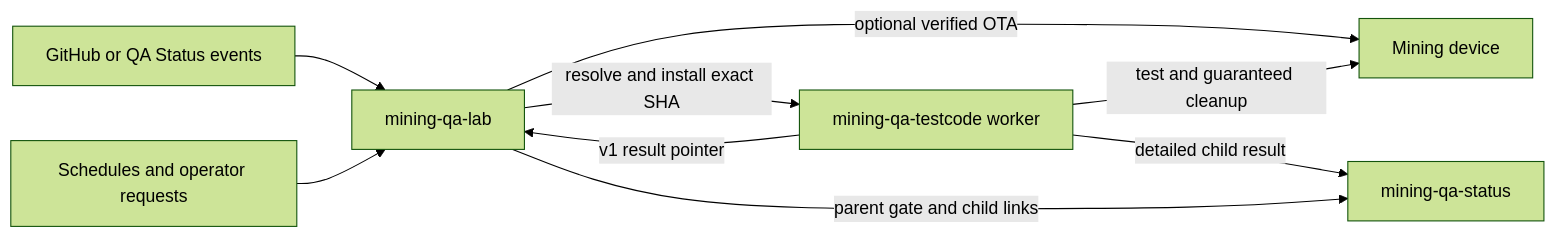
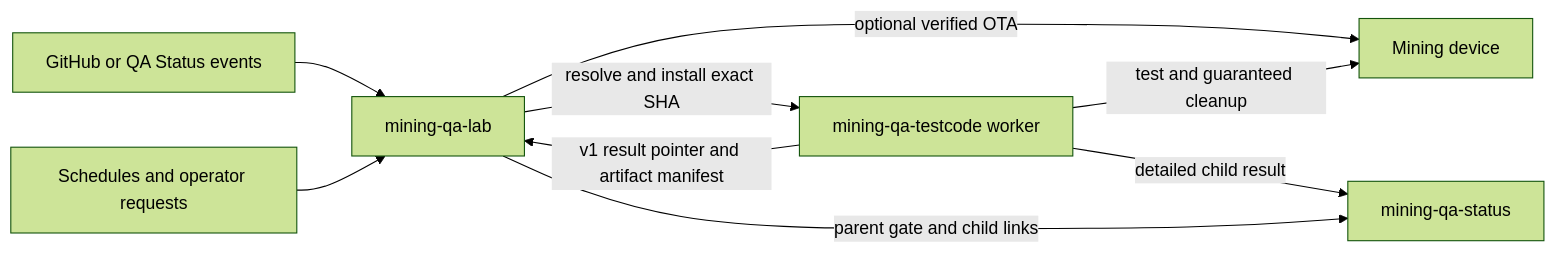
The diagram in specs/OVERVIEW.md (johnny9/mining-qa-lab), drawn with Mermaid (forest theme) before and after one commit. The commit also changed other lines of this file and 33 other files, not shown here.

````diff
--- a/specs/OVERVIEW.md
+++ b/specs/OVERVIEW.md
@@ -55,11 +57,11 @@
 ```mermaid
 flowchart LR
     E["GitHub or QA Status events"] --> L["mining-qa-lab"]
     O["Schedules and operator requests"] --> L
     L -->|"resolve and install exact SHA"| T["mining-qa-testcode worker"]
     L -->|"optional verified OTA"| D["Mining device"]
     T -->|"test and guaranteed cleanup"| D
     T -->|"detailed child result"| Q["mining-qa-status"]
-    T -->|"v1 result pointer"| L
+    T -->|"v1 result pointer and artifact manifest"| L
     L -->|"parent gate and child links"| Q
 ```
````
